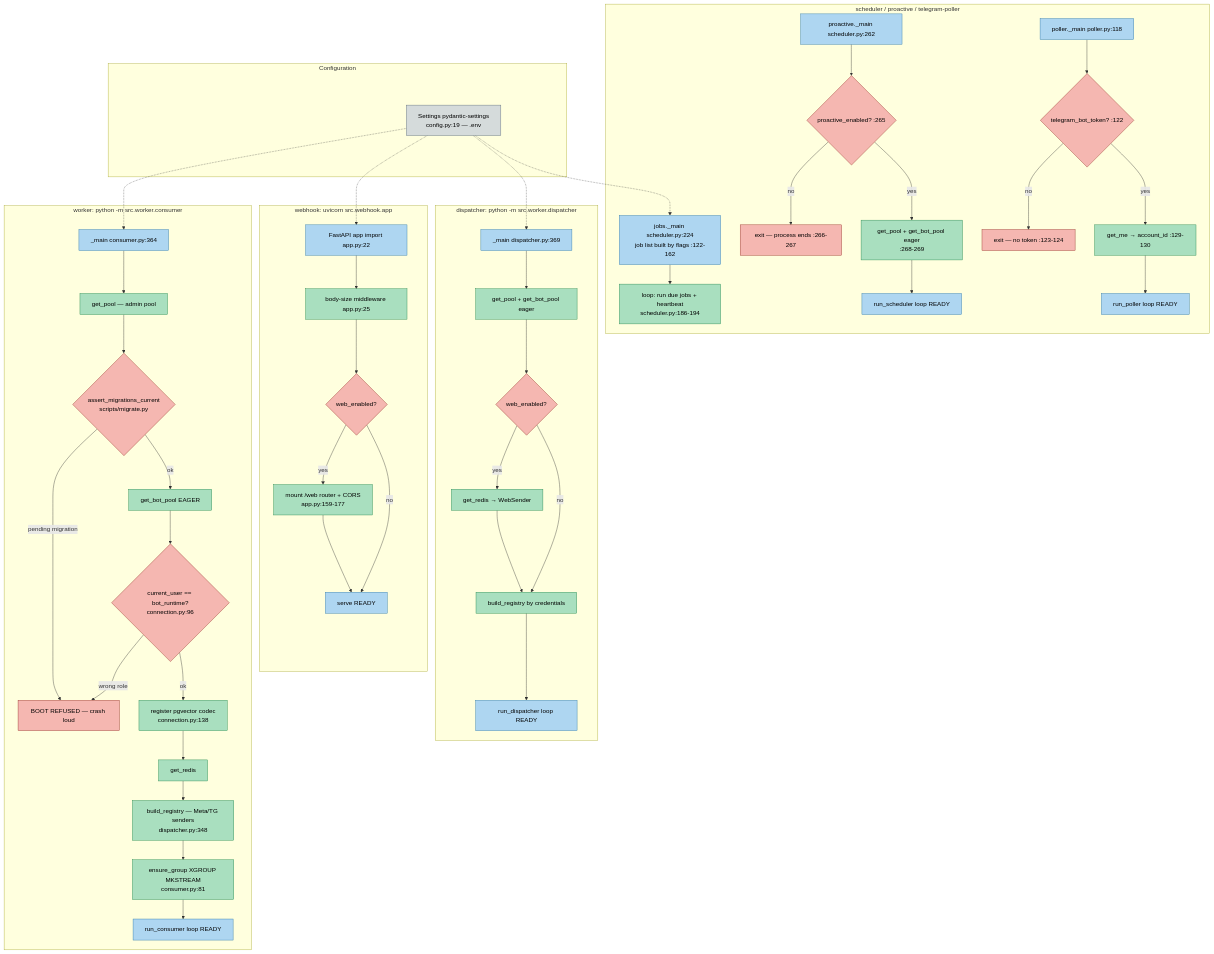
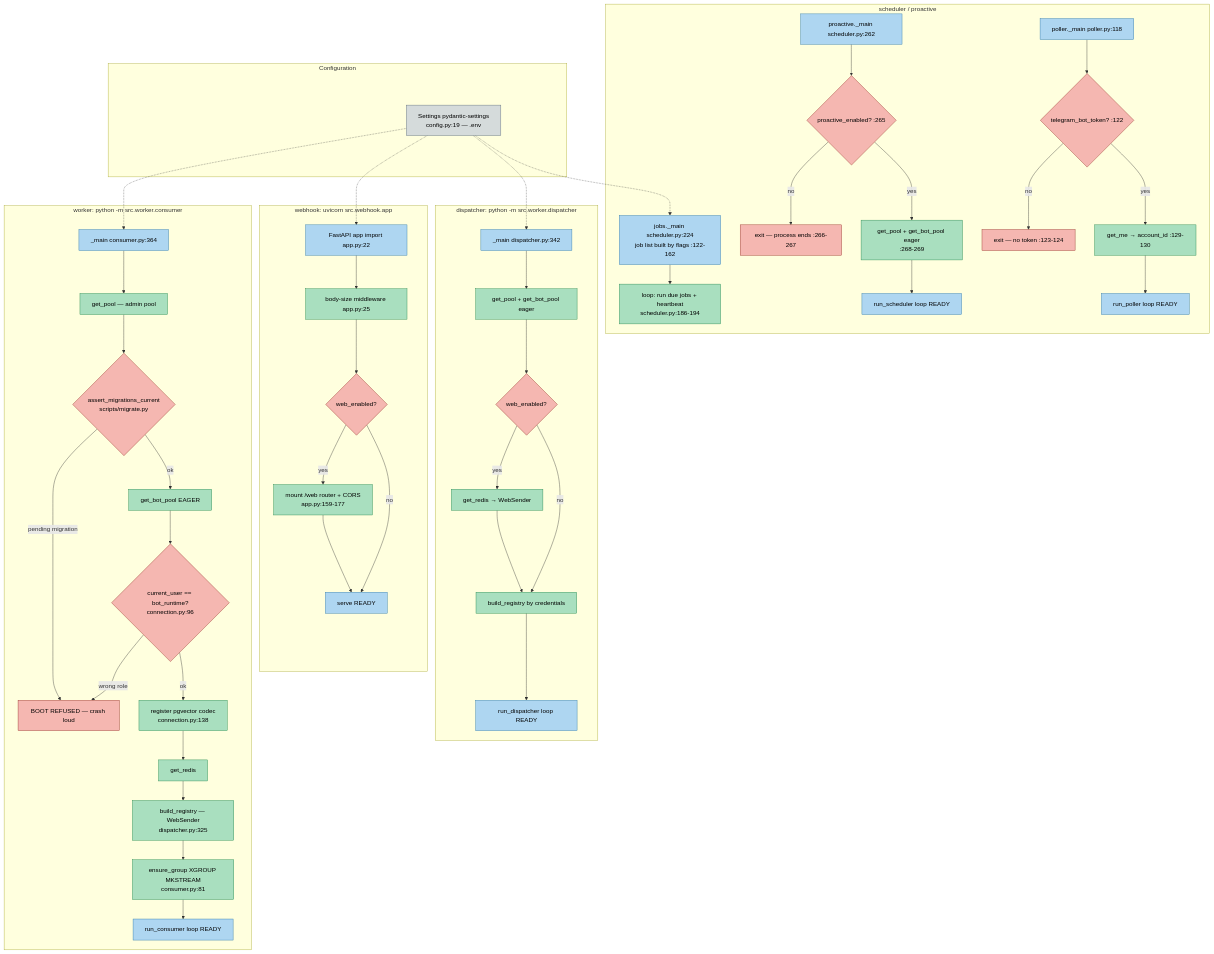
Before and after one commit to AdiBoaru/Sales-Ass: the diagram in docs/diagrams/02-application-startup.mmd, drawn with Mermaid. The commit also changed 13 other files, not shown here.

```diff
--- a/docs/diagrams/02-application-startup.mmd
+++ b/docs/diagrams/02-application-startup.mmd
@@ -1,83 +1,83 @@
 %% GENERAT din docs/ARCHITECTURE-WORKFLOWS.md — nu edita doar aici.
 %% Regenerare: python scripts/export_diagrams.py
 %% Editare vizuală: https://mermaid.live (paste tot fișierul)
 %% Diagram 2 — Application Startup
 flowchart TD
   classDef proc fill:#aed6f1,stroke:#2874a6,color:#000
   classDef step fill:#a9dfbf,stroke:#1e8449,color:#000
   classDef gate fill:#f5b7b1,stroke:#922b21,color:#000
   classDef db fill:#d5dbdb,stroke:#566573,color:#000
 
   subgraph WorkerBoot["worker: python -m src.worker.consumer"]
     W0["_main consumer.py:364"]:::proc
     W1["get_pool — admin pool"]:::step
     W2{"assert_migrations_current<br/>scripts/migrate.py"}:::gate
     W3["get_bot_pool EAGER"]:::step
     W4{"current_user == bot_runtime?<br/>connection.py:96"}:::gate
     W5["register pgvector codec<br/>connection.py:138"]:::step
     W6["get_redis"]:::step
-    W7["build_registry — Meta/TG senders<br/>dispatcher.py:348"]:::step
+    W7["build_registry — WebSender<br/>dispatcher.py:325"]:::step
     W8["ensure_group XGROUP MKSTREAM<br/>consumer.py:81"]:::step
     W9["run_consumer loop READY"]:::proc
     WFAIL["BOOT REFUSED — crash loud"]:::gate
   end
 
   subgraph WebhookBoot["webhook: uvicorn src.webhook.app"]
     A0["FastAPI app import app.py:22"]:::proc
     A1["body-size middleware app.py:25"]:::step
     A2{"web_enabled?"}:::gate
     A3["mount /web router + CORS<br/>app.py:159-177"]:::step
     A4["serve READY"]:::proc
   end
 
   subgraph DispatcherBoot["dispatcher: python -m src.worker.dispatcher"]
-    D0["_main dispatcher.py:369"]:::proc
+    D0["_main dispatcher.py:342"]:::proc
     D1["get_pool + get_bot_pool eager"]:::step
     D2{"web_enabled?"}:::gate
     D3["get_redis → WebSender"]:::step
     D4["build_registry by credentials"]:::step
     D5["run_dispatcher loop READY"]:::proc
   end
 
-  subgraph OtherBoot["scheduler / proactive / telegram-poller"]
+  subgraph OtherBoot["scheduler / proactive"]
     J0["jobs._main scheduler.py:224<br/>job list built by flags :122-162"]:::proc
     J1["loop: run due jobs + heartbeat<br/>scheduler.py:186-194"]:::step
     P0["proactive._main scheduler.py:262"]:::proc
     P1{"proactive_enabled? :265"}:::gate
     P2["get_pool + get_bot_pool eager<br/>:268-269"]:::step
     P3["run_scheduler loop READY"]:::proc
     PX["exit — process ends :266-267"]:::gate
     T0["poller._main poller.py:118"]:::proc
     T1{"telegram_bot_token? :122"}:::gate
     T2["get_me → account_id :129-130"]:::step
     T3["run_poller loop READY"]:::proc
     TX2["exit — no token :123-124"]:::gate
   end
 
   subgraph Config["Configuration"]
     CFG["Settings pydantic-settings<br/>config.py:19 — .env"]:::db
   end
 
   CFG -.-> W0
   CFG -.-> A0
   CFG -.-> D0
   CFG -.-> J0
   J0 --> J1
   P0 --> P1
   P1 -- no --> PX
   P1 -- yes --> P2 --> P3
   T0 --> T1
   T1 -- no --> TX2
   T1 -- yes --> T2 --> T3
   W0 --> W1 --> W2
   W2 -- "pending migration" --> WFAIL
   W2 -- ok --> W3 --> W4
   W4 -- "wrong role" --> WFAIL
   W4 -- ok --> W5 --> W6 --> W7 --> W8 --> W9
   A0 --> A1 --> A2
   A2 -- yes --> A3 --> A4
   A2 -- no --> A4
   D0 --> D1 --> D2
   D2 -- yes --> D3 --> D4
   D2 -- no --> D4
   D4 --> D5
```
